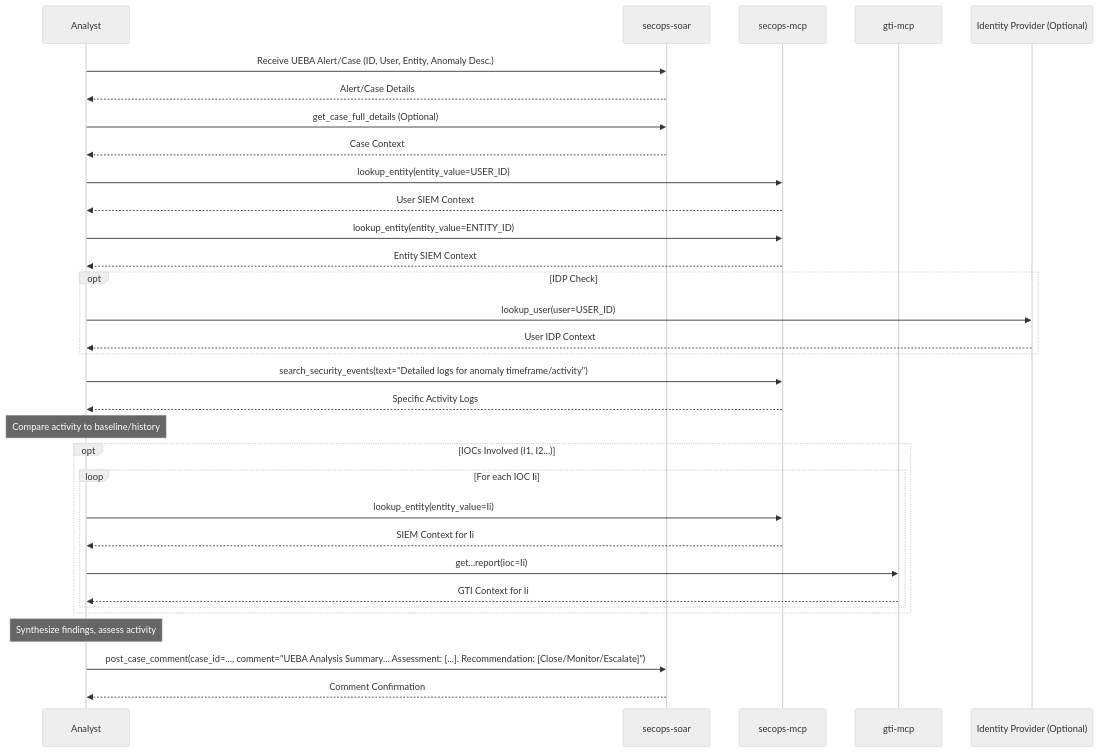
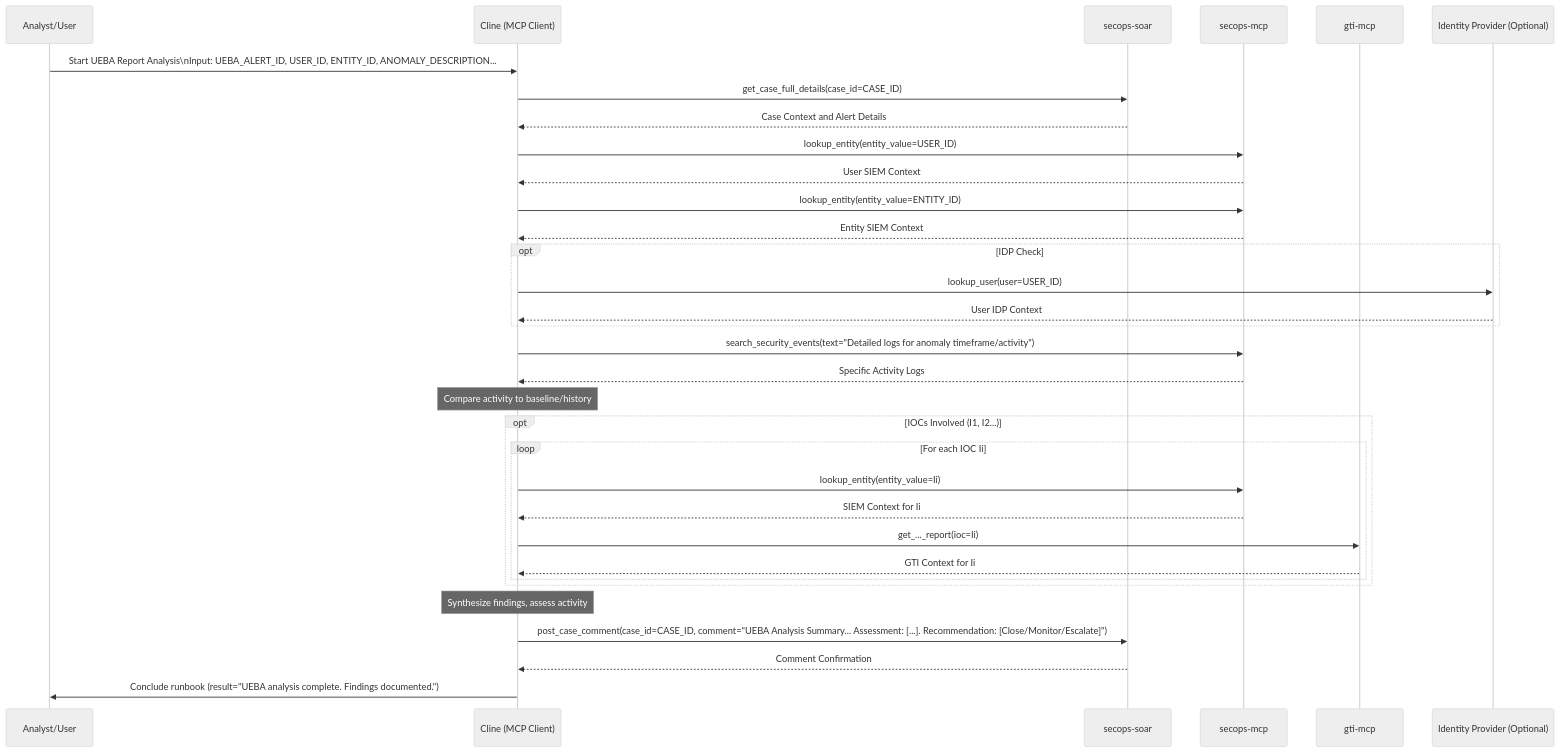
One commit to dandye/ai-runbooks changed the diagram in rules_bank/run_books/ueba_report.md. Above: the diagram before and after it, drawn with Mermaid (neutral theme). The commit also changed other lines of this file and 69 other files, not shown here.

````diff
--- a/rules_bank/run_books/ueba_report.md
+++ b/rules_bank/run_books/ueba_report.md
@@ -36,35 +48,50 @@
-```{mermaid}
+```mermaid
 sequenceDiagram
-    participant Analyst
+    participant Analyst/User
+    participant Cline as Cline (MCP Client)
     participant SOAR as secops-soar
     participant SIEM as secops-mcp
     participant GTI as gti-mcp
     participant IDP as Identity Provider (Optional)
 
-    Analyst->>SOAR: Receive UEBA Alert/Case (ID, User, Entity, Anomaly Desc.)
-    SOAR-->>Analyst: Alert/Case Details
-    Analyst->>SOAR: get_case_full_details (Optional)
-    SOAR-->>Analyst: Case Context
-    Analyst->>SIEM: lookup_entity(entity_value=USER_ID)
-    SIEM-->>Analyst: User SIEM Context
-    Analyst->>SIEM: lookup_entity(entity_value=ENTITY_ID)
-    SIEM-->>Analyst: Entity SIEM Context
+    Analyst/User->>Cline: Start UEBA Report Analysis\nInput: UEBA_ALERT_ID, USER_ID, ENTITY_ID, ANOMALY_DESCRIPTION...
+
+    %% Step 1: Receive Alert/Case
+    Cline->>SOAR: get_case_full_details(case_id=CASE_ID)
+    SOAR-->>Cline: Case Context and Alert Details
+
+    %% Step 2: Gather Context
+    Cline->>SIEM: lookup_entity(entity_value=USER_ID)
+    SIEM-->>Cline: User SIEM Context
+    Cline->>SIEM: lookup_entity(entity_value=ENTITY_ID)
+    SIEM-->>Cline: Entity SIEM Context
+    
     opt IDP Check
-        Analyst->>IDP: lookup_user(user=USER_ID)
-        IDP-->>Analyst: User IDP Context
+        Cline->>IDP: lookup_user(user=USER_ID)
+        IDP-->>Cline: User IDP Context
     end
-    Analyst->>SIEM: search_security_events(text="Detailed logs for anomaly timeframe/activity")
-    SIEM-->>Analyst: Specific Activity Logs
-    Note over Analyst: Compare activity to baseline/history
+
+    %% Step 3: Analyze Specific Activity
+    Cline->>SIEM: search_security_events(text="Detailed logs for anomaly timeframe/activity")
+    SIEM-->>Cline: Specific Activity Logs
+    
+    %% Step 4: Compare to Baseline
+    Note over Cline: Compare activity to baseline/history
+
+    %% Step 5: Enrich Associated Indicators
     opt IOCs Involved (I1, I2...)
         loop For each IOC Ii
-            Analyst->>SIEM: lookup_entity(entity_value=Ii)
-            SIEM-->>Analyst: SIEM Context for Ii
-            Analyst->>GTI: get...report(ioc=Ii)
-            GTI-->>Analyst: GTI Context for Ii
+            Cline->>SIEM: lookup_entity(entity_value=Ii)
+            SIEM-->>Cline: SIEM Context for Ii
+            Cline->>GTI: get_..._report(ioc=Ii)
+            GTI-->>Cline: GTI Context for Ii
         end
     end
-    Note over Analyst: Synthesize findings, assess activity
-    Analyst->>SOAR: post_case_comment(case_id=..., comment="UEBA Analysis Summary... Assessment: [...]. Recommendation: [Close/Monitor/Escalate]")
-    SOAR-->>Analyst: Comment Confirmation
+
+    %% Step 6 & 7: Synthesize Findings & Document
+    Note over Cline: Synthesize findings, assess activity
+    Cline->>SOAR: post_case_comment(case_id=CASE_ID, comment="UEBA Analysis Summary... Assessment: [...]. Recommendation: [Close/Monitor/Escalate]")
+    SOAR-->>Cline: Comment Confirmation
+
+    Cline->>Analyst/User: Conclude runbook (result="UEBA analysis complete. Findings documented.")
 ```
````
